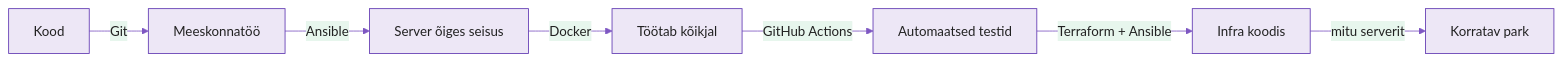
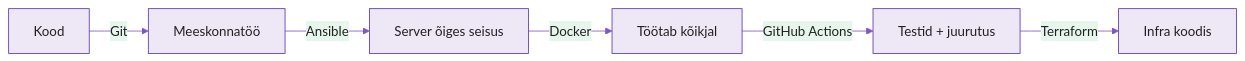
One commit to hkhk-automation/devops changed the second of 2 diagrams in docs/week01/lecture.md. Above: the diagram before and after it, drawn with Mermaid. The commit also changed other lines of this file and 1 other file, not shown here.

````diff
--- a/docs/week01/lecture.md
+++ b/docs/week01/lecture.md
@@ -191,10 +294,9 @@
 ```mermaid
 %%{init: {'theme':'base','themeVariables':{'primaryColor':'#ede7f6','primaryBorderColor':'#5e35b1','primaryTextColor':'#212121','lineColor':'#7e57c2'}}}%%
 graph LR
     A[Kood] -->|Git| B[Meeskonnatöö]
     B -->|Ansible| C[Server õiges seisus]
     C -->|Docker| D[Töötab kõikjal]
-    D -->|GitHub Actions| E[Automaatsed testid]
-    E -->|Terraform + Ansible| F[Infra koodis]
-    F -->|mitu serverit| G[Korratav park]
+    D -->|GitHub Actions| E[Testid + juurutus]
+    E -->|Terraform| F[Infra koodis]
 ```
````
